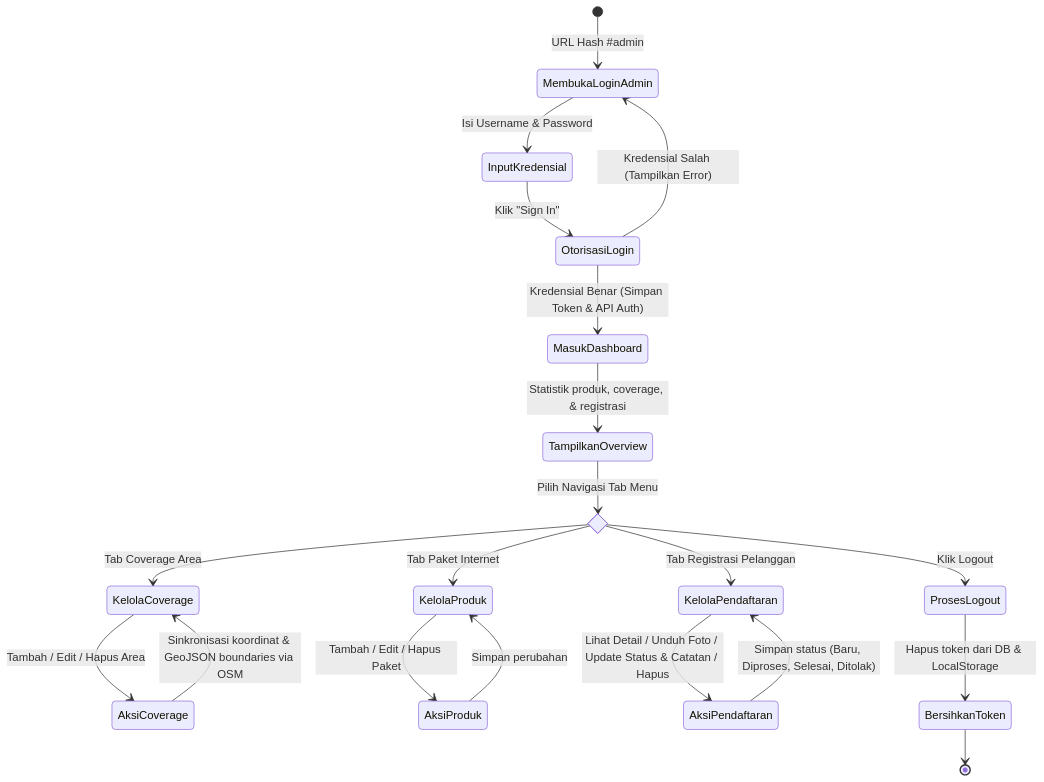
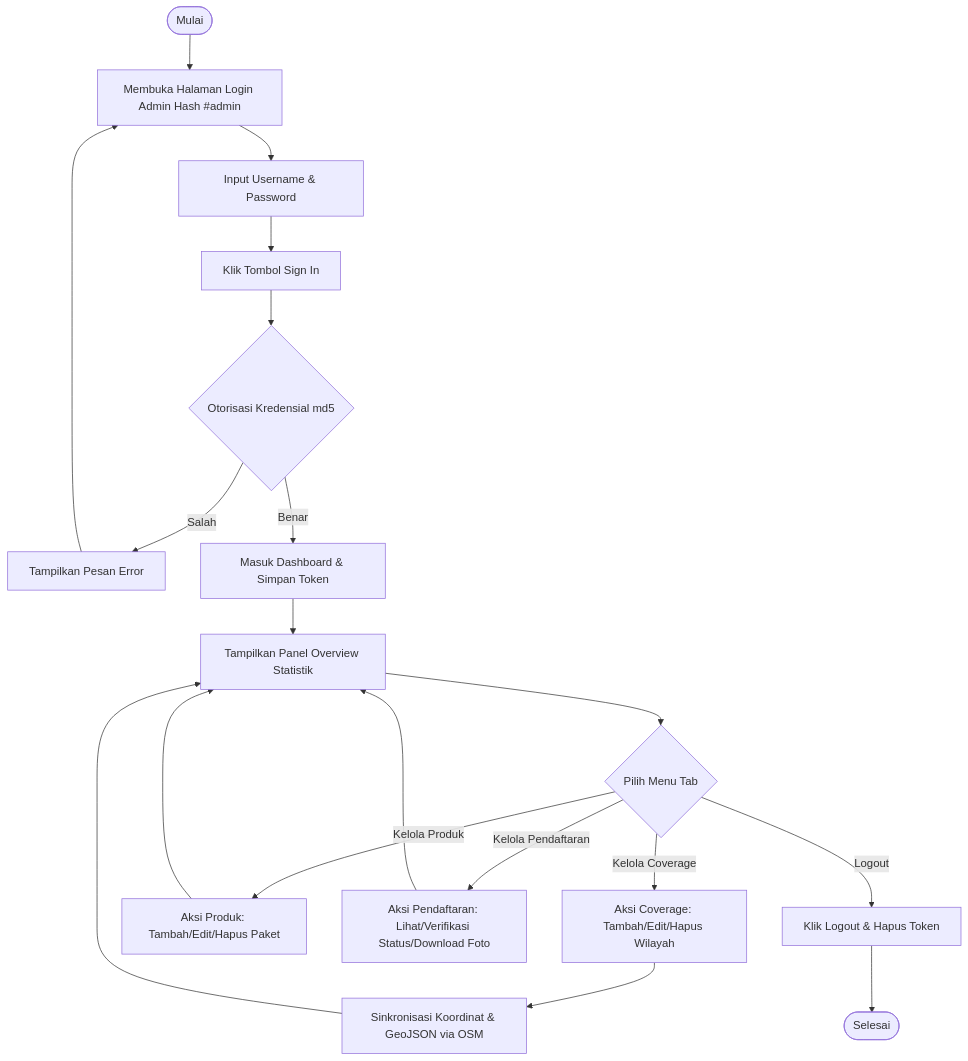
The third of 4 diagrams in skripsi.md (adistianherlambang/ISP-MyRepublic-Laravel-ReactJS), drawn with Mermaid before and after one commit. The commit also changed other lines of this file, not shown here.

````diff
--- a/skripsi.md
+++ b/skripsi.md
@@ -79,31 +75,28 @@
 ```mermaid
-stateDiagram-v2
-  [*] --> MembukaLoginAdmin : URL Hash #admin
-  MembukaLoginAdmin --> InputKredensial : Isi Username & Password
-  InputKredensial --> OtorisasiLogin : Klik "Sign In"
+flowchart TD
+  Start([Mulai]) --> BukaLogin[Membuka Halaman Login Admin Hash #admin]
+  BukaLogin --> InputKredensial[Input Username & Password]
+  InputKredensial --> KlikLogin[Klik Tombol Sign In]
+  KlikLogin --> CekKredensial{Otorisasi Kredensial md5}
   
-  state OtorisasiLogin <<choice>>
-  OtorisasiLogin --> MembukaLoginAdmin : Kredensial Salah (Tampilkan Error)
-  OtorisasiLogin --> MasukDashboard : Kredensial Benar (Simpan Token & API Auth)
+  CekKredensial -- Salah --> Salah[Tampilkan Pesan Error]
+  Salah --> BukaLogin
   
-  MasukDashboard --> TampilkanOverview : Statistik produk, coverage, & registrasi
+  CekKredensial -- Benar --> Dashboard[Masuk Dashboard & Simpan Token]
+  Dashboard --> Overview[Tampilkan Panel Overview Statistik]
   
-  state MenuAdmin <<choice>>
-  TampilkanOverview --> MenuAdmin : Pilih Navigasi Tab Menu
+  Overview --> Menu{Pilih Menu Tab}
   
-  MenuAdmin --> KelolaCoverage : Tab Coverage Area
-  KelolaCoverage --> AksiCoverage : Tambah / Edit / Hapus Area
-  AksiCoverage --> KelolaCoverage : Sinkronisasi koordinat & GeoJSON boundaries via OSM
+  Menu -- Kelola Coverage --> CRUDCoverage[Aksi Coverage: Tambah/Edit/Hapus Wilayah]
+  CRUDCoverage --> SyncOSM[Sinkronisasi Koordinat & GeoJSON via OSM]
+  SyncOSM --> Overview
   
-  MenuAdmin --> KelolaProduk : Tab Paket Internet
-  KelolaProduk --> AksiProduk : Tambah / Edit / Hapus Paket
-  AksiProduk --> KelolaProduk : Simpan perubahan
+  Menu -- Kelola Produk --> CRUDProduk[Aksi Produk: Tambah/Edit/Hapus Paket]
+  CRUDProduk --> Overview
   
-  MenuAdmin --> KelolaPendaftaran : Tab Registrasi Pelanggan
-  KelolaPendaftaran --> AksiPendaftaran : Lihat Detail / Unduh Foto / Update Status & Catatan / Hapus
-  AksiPendaftaran --> KelolaPendaftaran : Simpan status (Baru, Diproses, Selesai, Ditolak)
+  Menu -- Kelola Pendaftaran --> CRUDPendaftaran[Aksi Pendaftaran: Lihat/Verifikasi Status/Download Foto]
+  CRUDPendaftaran --> Overview
   
-  MenuAdmin --> ProsesLogout : Klik Logout
-  ProsesLogout --> BersihkanToken : Hapus token dari DB & LocalStorage
-  BersihkanToken --> [*]
+  Menu -- Logout --> Logout[Klik Logout & Hapus Token]
+  Logout --> End([Selesai])
 ```
````
